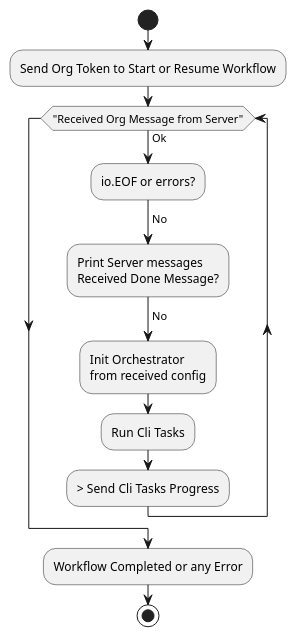
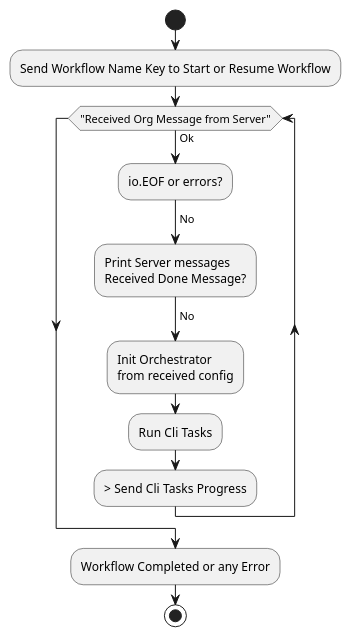
Before and after one commit to blewater/boxed: the diagram in docs/cliworkflow.puml, drawn with PlantUML. The commit also changed 5 other files, not shown here.

Commit message:
Org token to workflow name key

```diff
--- a/docs/cliworkflow.puml
+++ b/docs/cliworkflow.puml
@@ -1,19 +1,19 @@
 @startuml
 start
-:Send Org Token to Start or Resume Workflow;
+:Send Workflow Name Key to Start or Resume Workflow;
 
 while ("Received Org Message from Server") is (Ok)
     :io.EOF or errors?;
     -> No;
     :Print Server messages
     Received Done Message?;
     -> yes;
     -> No;
     :Init Orchestrator
     from received config;
     :Run Cli Tasks;
     -> Send Cli Tasks Progress
 endwhile
 -Workflow Completed or any Error
 stop
 @enduml
```
